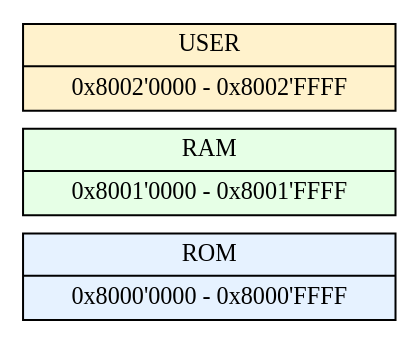
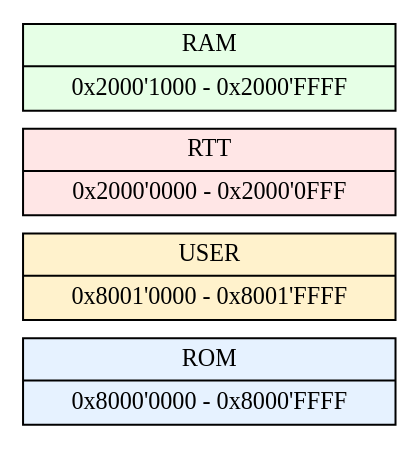
The diagram in doc/hardware_design.rst (SakuGlumoff/iida-devkit), drawn with Graphviz before and after one commit. The commit also changed other lines of this file, not shown here.

```diff
--- a/doc/hardware_design.rst
+++ b/doc/hardware_design.rst
@@ -91,14 +93,15 @@
 .. graphviz::
 
    digraph memory_map {
      rankdir=TB;
      node [shape=record, width=2.5, height=0.6, fontsize=12];
      nodesep=0;
      ranksep=0;
 
      ROM   [label="{ ROM | 0x8000'0000 - 0x8000'FFFF }", style=filled, fillcolor="#e6f2ff"];
-     RAM   [label="{ RAM | 0x8001'0000 - 0x8001'FFFF }", style=filled, fillcolor="#e6ffe6"];
-     USER  [label="{ USER | 0x8002'0000 - 0x8002'FFFF }", style=filled, fillcolor="#fff2cc"];
+     USER  [label="{ USER | 0x8001'0000 - 0x8001'FFFF }", style=filled, fillcolor="#fff2cc"];
+	 RTT   [label="{ RTT | 0x2000'0000 - 0x2000'0FFF }", style=filled, fillcolor="#ffe6e6"];
+     RAM   [label="{ RAM | 0x2000'1000 - 0x2000'FFFF }", style=filled, fillcolor="#e6ffe6"];
 
-     USER -> RAM -> ROM [style=invis];
+     RAM -> RTT -> USER -> ROM [style=invis];
    }
```
